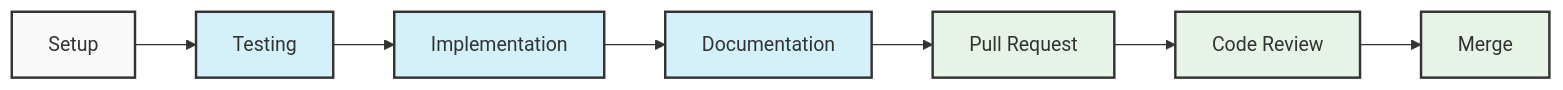
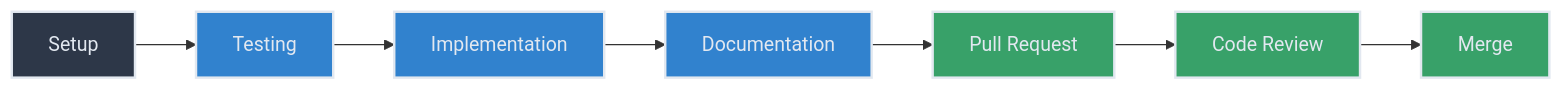
Before and after one commit to Jaseci-Labs/jaseci: diagram 13 of 13 in jac/support/jac-lang.org/docs/for_contributors/internals.md, drawn with Mermaid. The commit also changed other lines of this file, not shown here.

````diff
--- a/jac/support/jac-lang.org/docs/for_contributors/internals.md
+++ b/jac/support/jac-lang.org/docs/for_contributors/internals.md
@@ -765,17 +773,17 @@
 ```mermaid
 flowchart LR
     A[Setup] --> B[Testing]
     B --> C[Implementation]
     C --> D[Documentation]
     D --> E[Pull Request]
     E --> F[Code Review]
     F --> G[Merge]
 
-    style A fill:#f9f9f9,stroke:#333,stroke-width:2px
-    style B fill:#d4f1f9,stroke:#333,stroke-width:2px
-    style C fill:#d4f1f9,stroke:#333,stroke-width:2px
-    style D fill:#d4f1f9,stroke:#333,stroke-width:2px
-    style E fill:#e6f3e6,stroke:#333,stroke-width:2px
-    style F fill:#e6f3e6,stroke:#333,stroke-width:2px
-    style G fill:#e6f3e6,stroke:#333,stroke-width:2px
+    style A fill:#2d3748,stroke:#e2e8f0,stroke-width:2px,color:#e2e8f0
+    style B fill:#3182ce,stroke:#e2e8f0,stroke-width:2px,color:#e2e8f0
+    style C fill:#3182ce,stroke:#e2e8f0,stroke-width:2px,color:#e2e8f0
+    style D fill:#3182ce,stroke:#e2e8f0,stroke-width:2px,color:#e2e8f0
+    style E fill:#38a169,stroke:#e2e8f0,stroke-width:2px,color:#e2e8f0
+    style F fill:#38a169,stroke:#e2e8f0,stroke-width:2px,color:#e2e8f0
+    style G fill:#38a169,stroke:#e2e8f0,stroke-width:2px,color:#e2e8f0
 ```
````
